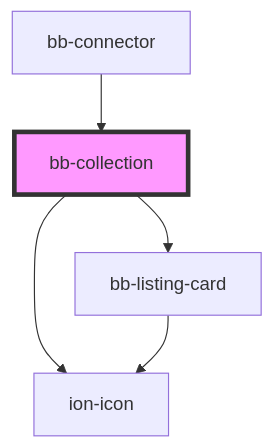
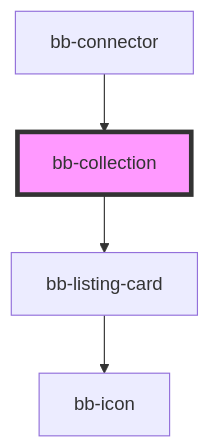
One commit to BoaterBase/bb-components changed the diagram in src/components/bb-collection/readme.md. Above: the diagram before and after it, drawn with Mermaid. The commit also changed other lines of this file and 14 other files, not shown here.

````diff
--- a/src/components/bb-collection/readme.md
+++ b/src/components/bb-collection/readme.md
@@ -33,8 +32,7 @@
 ```mermaid
 graph TD;
-  bb-collection --> ion-icon
   bb-collection --> bb-listing-card
-  bb-listing-card --> ion-icon
+  bb-listing-card --> bb-icon
   bb-connector --> bb-collection
   style bb-collection fill:#f9f,stroke:#333,stroke-width:4px
 ```
````
